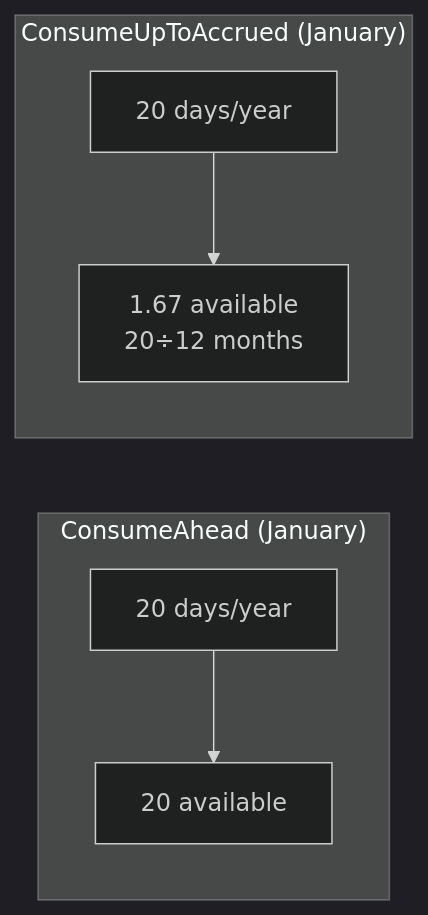
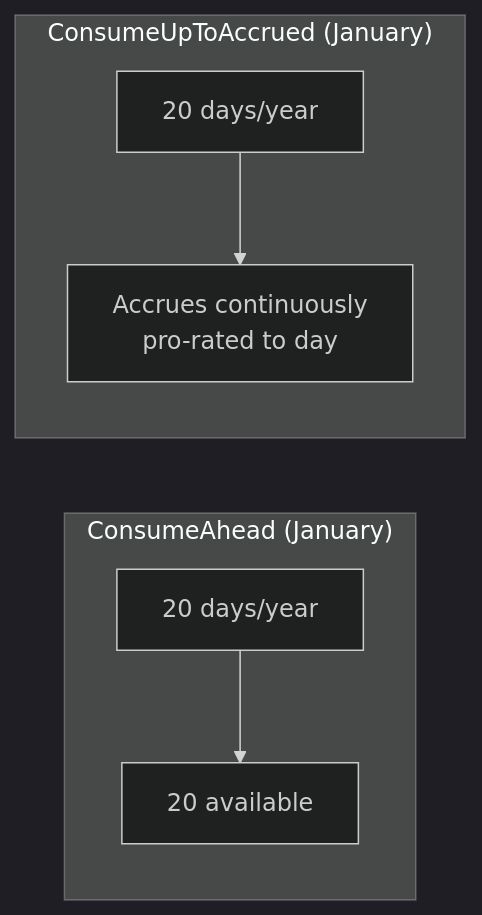
The fifth of 10 diagrams in docs/DESIGN.md (AntoineToussaint/timeoff), drawn with Mermaid (dark theme) before and after one commit. The commit also changed 5 other files, not shown here.

````diff
--- a/docs/DESIGN.md
+++ b/docs/DESIGN.md
@@ -156,10 +156,10 @@
 ```mermaid
 graph LR
     subgraph "ConsumeAhead (January)"
         A1[20 days/year] --> A2[20 available]
     end
     
     subgraph "ConsumeUpToAccrued (January)"
-        B1[20 days/year] --> B2[1.67 available<br/>20÷12 months]
+        B1[20 days/year] --> B2[Accrues continuously<br/>pro-rated to day]
     end
 ```
````
